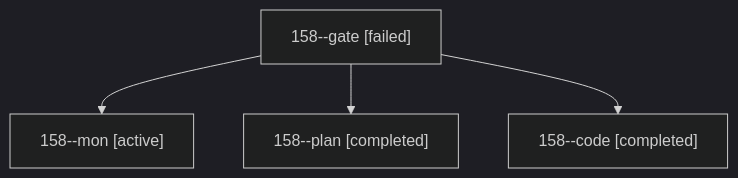
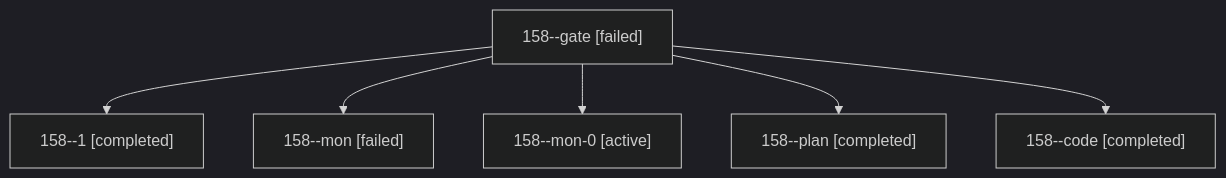
Before and after one commit to bobs-org/bob-cli--agents: the diagram in sessions/bbugyi200.athena.158.md, drawn with Mermaid (dark theme). The commit also changed other lines of this file and 59 other files, not shown here.

````diff
--- a/sessions/bbugyi200.athena.158.md
+++ b/sessions/bbugyi200.athena.158.md
@@ -9,10 +9,14 @@
 ```mermaid
 flowchart TD
   n0["158--gate [failed]"]
-  n1["158--mon [active]"]
+  n1["158--1 [completed]"]
   n0 --> n1
-  n2["158--plan [completed]"]
+  n2["158--mon [failed]"]
   n0 --> n2
-  n3["158--code [completed]"]
+  n3["158--mon-0 [active]"]
   n0 --> n3
+  n4["158--plan [completed]"]
+  n0 --> n4
+  n5["158--code [completed]"]
+  n0 --> n5
 ```
````
